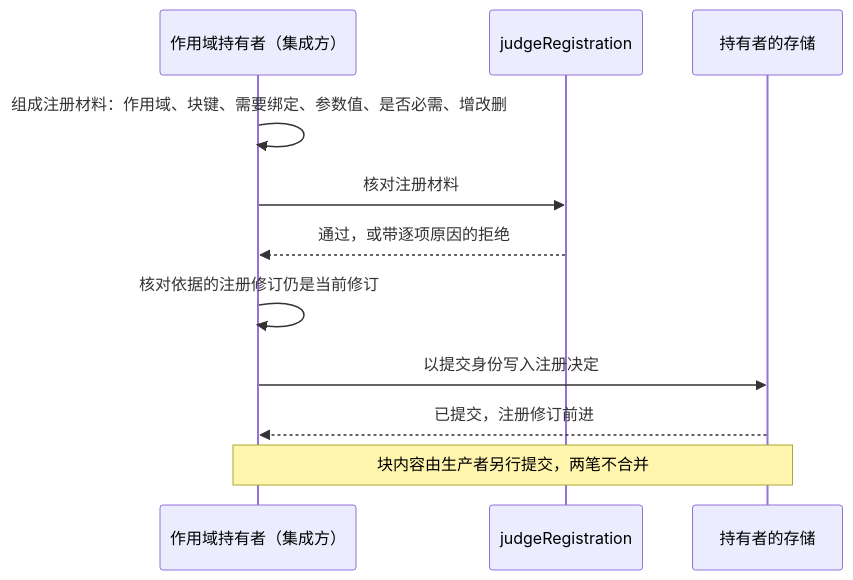
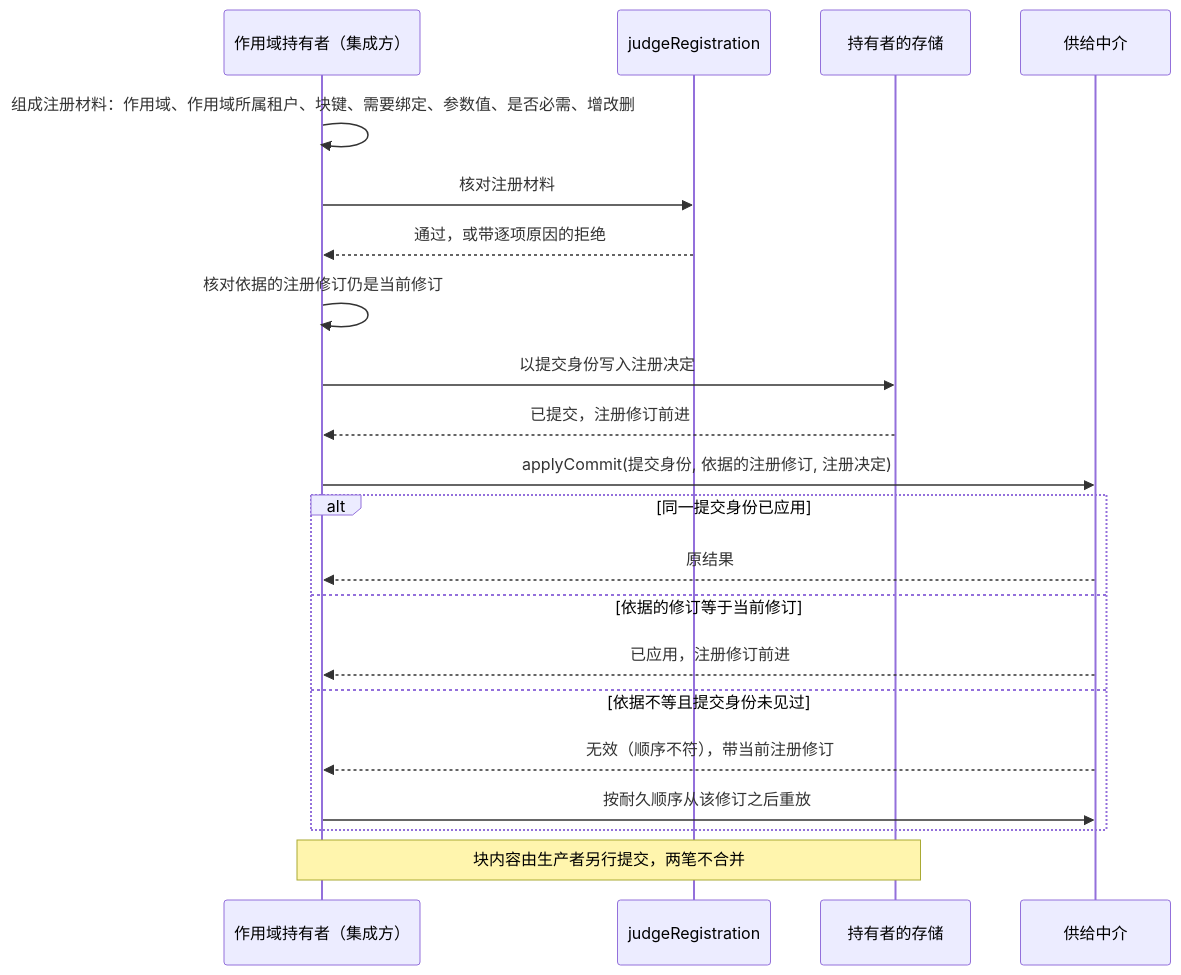
One commit to nemori-ai/omne-harness-lite changed the second of 8 diagrams in packages/context/runtime-context-contract/docs/flows.md. Above: the diagram before and after it, drawn with Mermaid. The commit also changed other lines of this file and 68 other files, not shown here.

````diff
--- a/packages/context/runtime-context-contract/docs/flows.md
+++ b/packages/context/runtime-context-contract/docs/flows.md
@@ -50,13 +52,23 @@
 ```mermaid
 sequenceDiagram
   participant H as 作用域持有者（集成方）
   participant F as judgeRegistration
   participant S as 持有者的存储
-  H->>H: 组成注册材料：作用域、块键、需要绑定、参数值、是否必需、增改删
+  participant M as 供给中介
+  H->>H: 组成注册材料：作用域、作用域所属租户、块键、需要绑定、参数值、是否必需、增改删
   H->>F: 核对注册材料
   F-->>H: 通过，或带逐项原因的拒绝
   H->>H: 核对依据的注册修订仍是当前修订
   H->>S: 以提交身份写入注册决定
   S-->>H: 已提交，注册修订前进
+  H->>M: applyCommit(提交身份, 依据的注册修订, 注册决定)
+  alt 同一提交身份已应用
+    M-->>H: 原结果
+  else 依据的修订等于当前修订
+    M-->>H: 已应用，注册修订前进
+  else 依据不等且提交身份未见过
+    M-->>H: 无效（顺序不符），带当前注册修订
+    H->>M: 按耐久顺序从该修订之后重放
+  end
   Note over H,S: 块内容由生产者另行提交，两笔不合并
 ```
````
